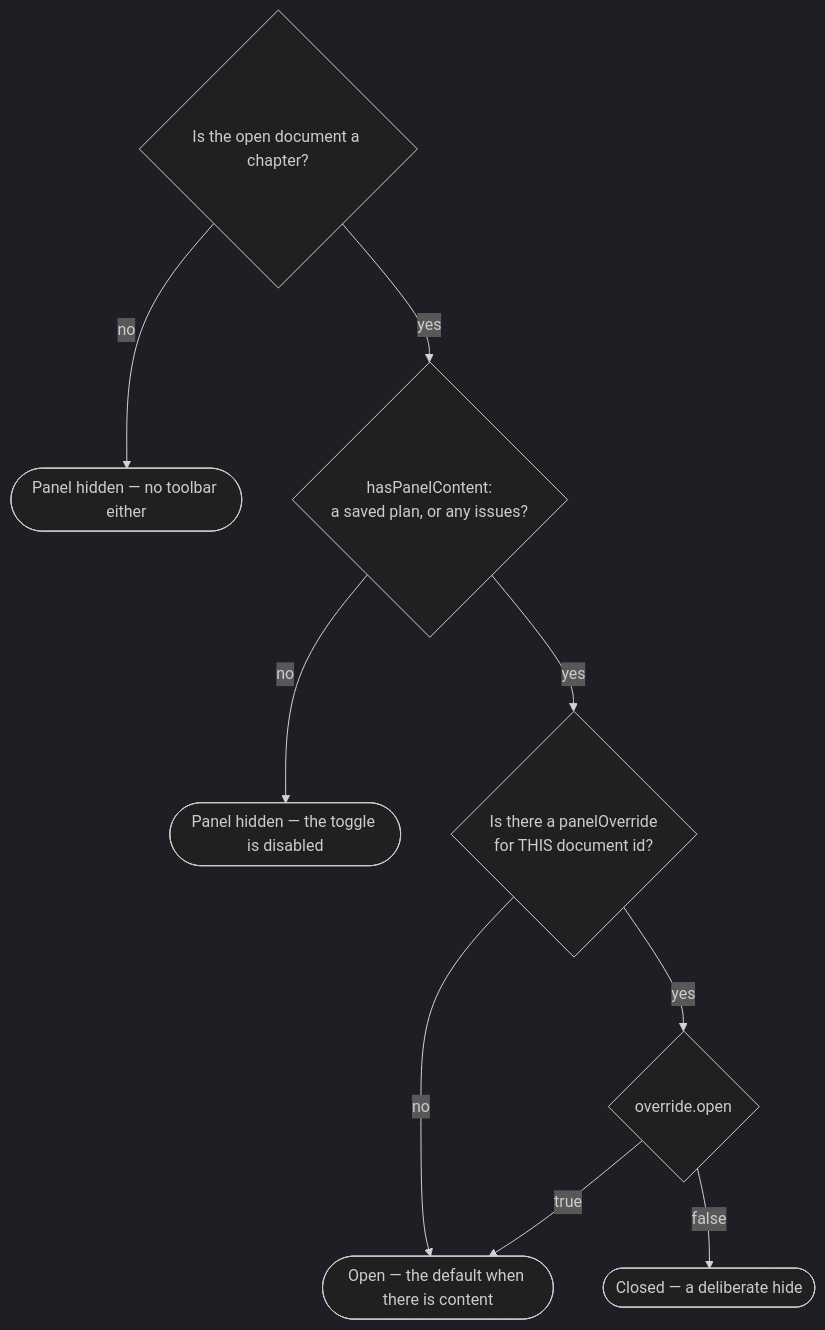
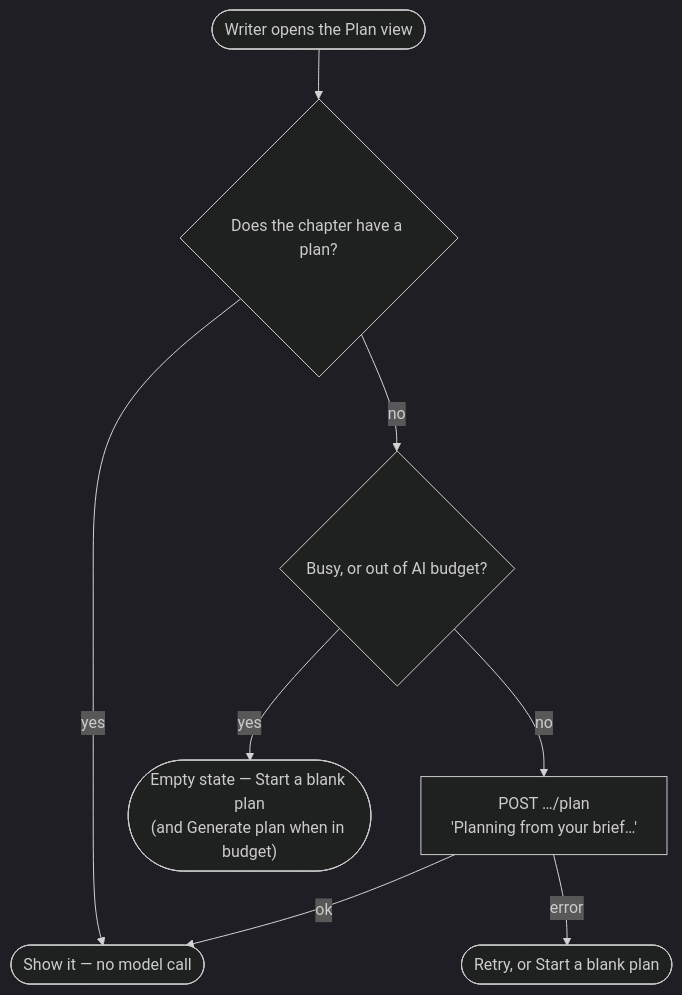
Before and after one commit to Akazz-L/maya: the fifth of 5 diagrams in docs/diagrams/05-frontend-flows.md, drawn with Mermaid (dark theme). The commit also changed other lines of this file and 13 other files, not shown here.

First line of the commit message:
feat: replace the plan panel with Write / Plan / Issues chapter views

````diff
--- a/docs/diagrams/05-frontend-flows.md
+++ b/docs/diagrams/05-frontend-flows.md
@@ -176,11 +179,10 @@
 ```mermaid
 flowchart TD
-    A{"Is the open document a chapter?"} -->|no| HIDE(["Panel hidden — no toolbar either"])
-    A -->|yes| B{"hasPanelContent:<br/>a saved plan, or any issues?"}
-    B -->|no| HIDE2(["Panel hidden — the toggle is disabled"])
-    B -->|yes| C{"Is there a panelOverride<br/>for THIS document id?"}
-    C -->|no| OPEN(["Open — the default when there is content"])
-    C -->|yes| D{"override.open"}
-    D -->|true| OPEN
-    D -->|false| CLOSED(["Closed — a deliberate hide"])
+    OPEN(["Writer opens the Plan view"]) --> A{"Does the chapter have a plan?"}
+    A -->|yes| SHOW(["Show it — no model call"])
+    A -->|no| B{"Busy, or out of AI budget?"}
+    B -->|no| GEN["POST …/plan<br/>'Planning from your brief…'"]
+    B -->|yes| EMPTY(["Empty state — Start a blank plan<br/>(and Generate plan when in budget)"])
+    GEN -->|ok| SHOW
+    GEN -->|error| FAIL(["Retry, or Start a blank plan"])
 ```
````
